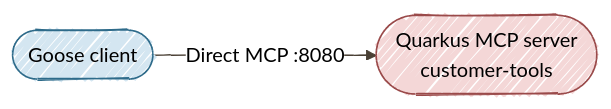
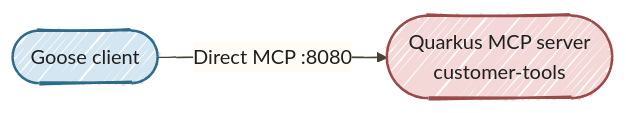
The first of 2 diagrams in docs/tutorials/02-agentgateway-security.md (danieloh30/governed-agent-platform), drawn with Mermaid before and after one commit. The commit also changed other lines of this file and 14 other files, not shown here.

Commit message:
Improve Mermaid readability in light and dark modes

````diff
--- a/docs/tutorials/02-agentgateway-security.md
+++ b/docs/tutorials/02-agentgateway-security.md
@@ -35,7 +35,7 @@
 ```mermaid
-%%{init: {'look':'handDrawn','theme':'neutral','themeVariables': {'lineColor':'#4A4035'}}}%%
+%%{init: {"look":"handDrawn","theme":"base","themeVariables":{"darkMode":false,"background":"#FFFCF5","primaryColor":"#D4E6F1","primaryBorderColor":"#2E6B8A","primaryTextColor":"#1F1F1F","secondaryColor":"#D8F0D8","secondaryTextColor":"#1F1F1F","tertiaryColor":"#E8DCC4","tertiaryTextColor":"#1F1F1F","textColor":"#1F1F1F","lineColor":"#4A4035","edgeLabelBackground":"#FFFCF5","clusterBkg":"#F5F5F0","clusterBorder":"#6B5B45","fontSize":"16px","actorBkg":"#D4E6F1","actorBorder":"#2E6B8A","actorTextColor":"#1F1F1F","actorLineColor":"#6B5B45","signalColor":"#4A4035","signalTextColor":"#1F1F1F"},"flowchart":{"nodeSpacing":35,"rankSpacing":55,"padding":18}}}%%
 flowchart LR
     G([Goose client]) -->|Direct MCP :8080| MCP([Quarkus MCP server<br/>customer-tools])
-    style G fill:#D4E6F1,stroke:#2E6B8A
-    style MCP fill:#F4D7D7,stroke:#9A4A4A
+    style G fill:#D4E6F1,stroke:#2E6B8A,color:#1F1F1F,stroke-width:2px
+    style MCP fill:#F4D7D7,stroke:#9A4A4A,color:#1F1F1F,stroke-width:2px
 ```
````
